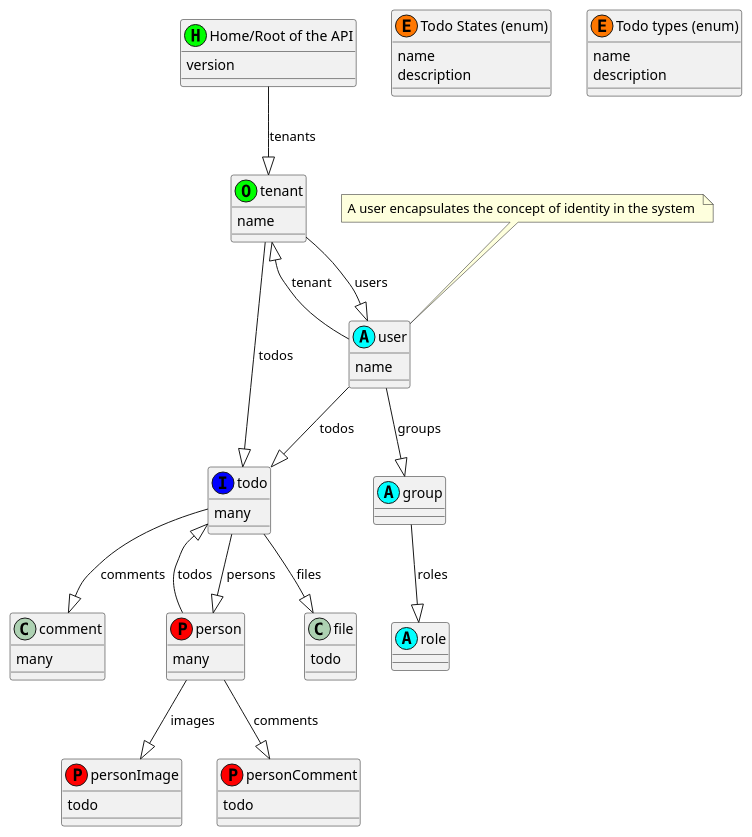
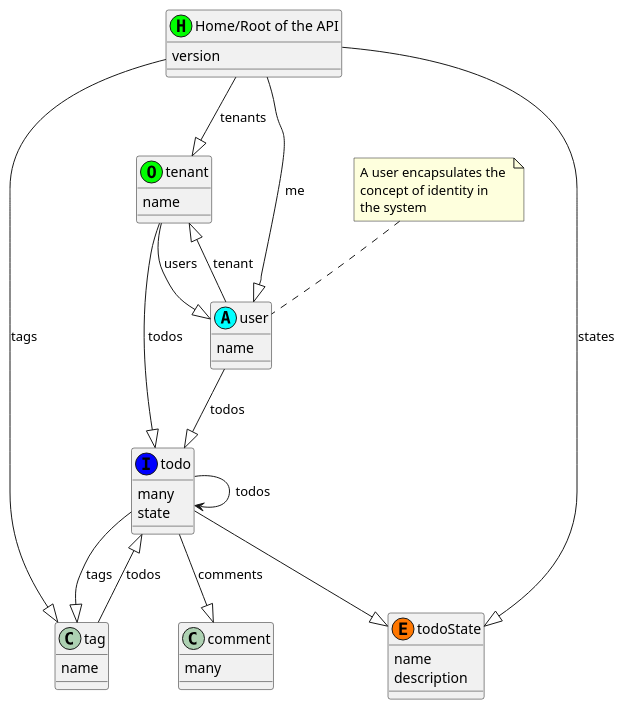
Before and after one commit to semanticlink/todo-hypermedia: the diagram in api/ApiResources.puml, drawn with PlantUML.

Commit message:
Updated resource model

```diff
--- a/api/ApiResources.puml
+++ b/api/ApiResources.puml
@@ -3,73 +3,57 @@
 @startuml
 
 class home as "Home/Root of the API" <<H, #00FF00) >>
 home : version
 home --|> tenant : tenants
+home --|> tag : tags
+home --|> todoState : states
+home --|> user : me
 
+class tag as "tag"
+tag : name
+tag --|> todo : todos
 
 class tenant as "tenant"  <<O, #00FF00) >>
 tenant : name
 tenant --|> user : users
 tenant --|> todo : todos
 
 
 class todo as "todo"   <<I, #0000FF) >>
 todo : many
-todo --|> person : persons
+todo : state
+todo --|> todoState
 todo --|> comment : comments
-todo --|> file : files
+todo --|> tag : tags
+todo --> todo : todos
 
+class comment as "comment"
+comment : many
 
-class person as "Person"  <<P, #FF0000) >>
-person : many
-person --|> todo : todos
-person --|> personImage : images
-person --|> personComment : comments
-
-
-class personImage as "Image"  <<P, #FF0000) >>
-personImage : todo
-
-class personComment as "Comment"  <<P, #FF0000) >>
-personComment : todo
-
-
-/'
- ' Integration Support
- ' =================== 
- '/
+'
+' Integration Support
+' =================== 
+'
 
 class user as "User"  <<A, #00FFFF) >>
+note top
+  A user encapsulates the 
+  concept of identity in 
+  the system 
+end note
 user : name
-note top
-  A user encapsulates the concept of identity in the system 
-end note
-
 user --|> tenant : tenant
-user --|> group : groups
 user --|> todo : todos
 
-class group as "Group"  <<A, #00FFFF) >>
-group --|> role : roles
-
-class role as "Role"  <<A, #00FFFF) >>
-
-
-comment : many
-file : todo
 
 '
 ' Enumeration resources
 ' =====================
 '
 
-class todoStage  as "Todo States (enum)" <<E, #FF7700) >>
-todoStage : name
-todoStage : description
-
-class todoType  as "Todo types (enum)" <<E, #FF7700) >>
-todoType : name
-todoType : description
+class todoState  as "Todo States (enum)" <<E, #FF7700) >>
+todoState : name
+todoState : description
 
 
 @enduml
```
